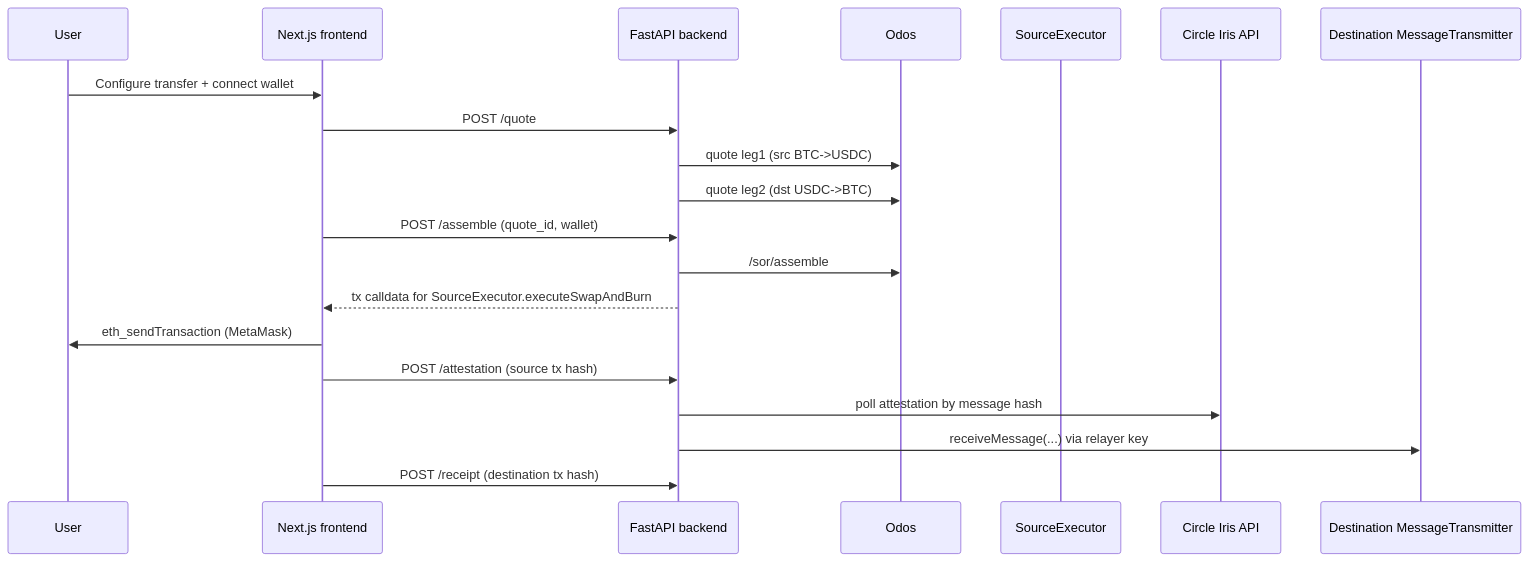
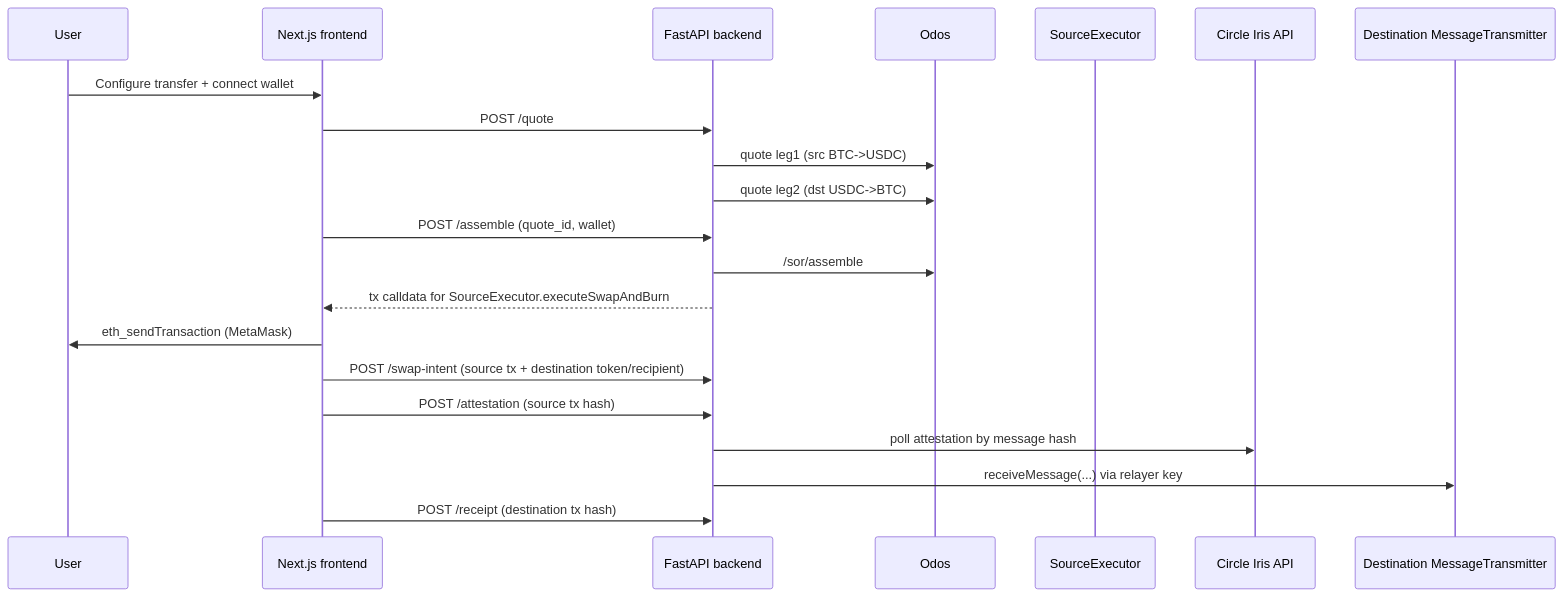
The diagram in docs/ARCHITECTURE.md (MohammedAlkindi/bridgx), drawn with Mermaid before and after one commit. The commit also changed other lines of this file and 6 other files, not shown here.

Commit message:
docs: align bridge documentation with implemented api flow

````diff
--- a/docs/ARCHITECTURE.md
+++ b/docs/ARCHITECTURE.md
@@ -20,23 +20,24 @@
 ```mermaid
 sequenceDiagram
   participant User
   participant FE as Next.js frontend
   participant BE as FastAPI backend
   participant Odos
   participant Src as SourceExecutor
   participant Iris as Circle Iris API
   participant Dst as Destination MessageTransmitter
 
   User->>FE: Configure transfer + connect wallet
   FE->>BE: POST /quote
   BE->>Odos: quote leg1 (src BTC->USDC)
   BE->>Odos: quote leg2 (dst USDC->BTC)
   FE->>BE: POST /assemble (quote_id, wallet)
   BE->>Odos: /sor/assemble
   BE-->>FE: tx calldata for SourceExecutor.executeSwapAndBurn
   FE->>User: eth_sendTransaction (MetaMask)
+  FE->>BE: POST /swap-intent (source tx + destination token/recipient)
   FE->>BE: POST /attestation (source tx hash)
   BE->>Iris: poll attestation by message hash
   BE->>Dst: receiveMessage(...) via relayer key
   FE->>BE: POST /receipt (destination tx hash)
 ```
````
